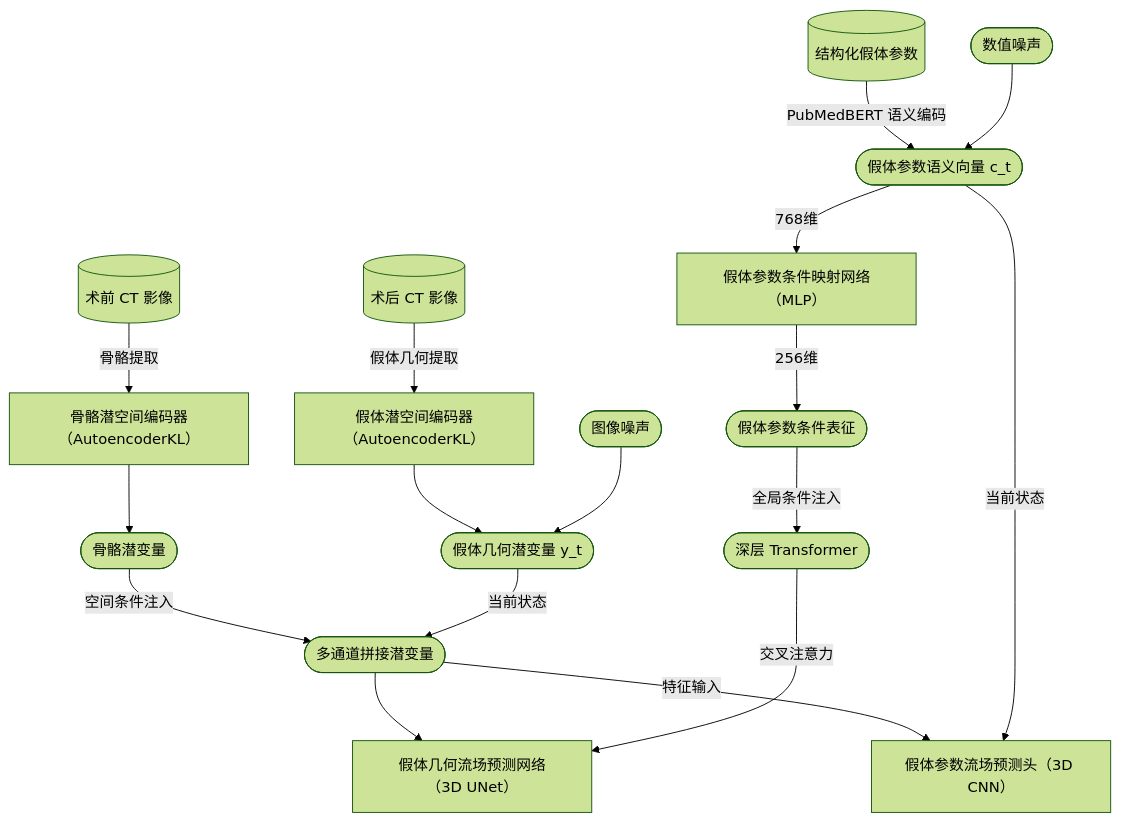
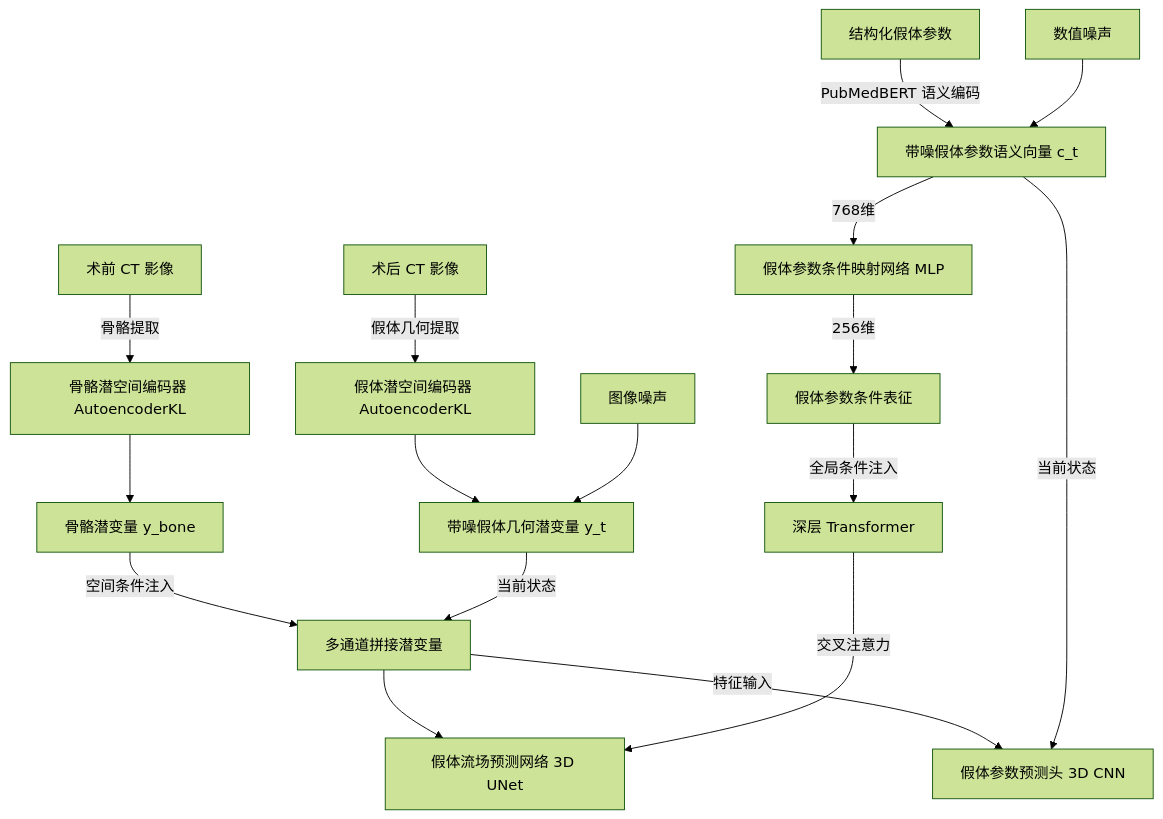
One commit to doidio/nonahip changed the first of 4 diagrams in README.md. Above: the diagram before and after it, drawn with Mermaid (forest theme). The commit also changed other lines of this file and 1 other file, not shown here.

````diff
--- a/README.md
+++ b/README.md
@@ -64,48 +64,47 @@
 ```mermaid
 flowchart TB
   %% 输入数据
-  pre_ct[(术前 CT 影像)]
-  post_ct[(术后 CT 影像)]
-  param_record[(结构化假体参数)]
+  pre_ct["术前 CT 影像"]
+  post_ct["术后 CT 影像"]
+  param_record["结构化假体参数"]
 
   %% 潜空间状态
-  z_bone([骨骼潜变量])
-  z_impl_t([假体几何潜变量 y_t])
-  c_t([假体参数语义向量 c_t])
-  c_token([假体参数条件表征])
-  eps_y([图像噪声])
-  eps_c([数值噪声])
-  
+  z_bone["骨骼潜变量 y_bone"]
+  z_impl_t["带噪假体几何潜变量 y_t"]
+  c_t["带噪假体参数语义向量 c_t"]
+  c_token["假体参数条件表征"]
+  eps_y["图像噪声"]
+  eps_c["数值噪声"]
+
   %% 多模态输入
-  z_concat([多通道拼接潜变量])
+  z_concat["多通道拼接潜变量"]
 
   %% 网络模块
-  bone_encoder[骨骼潜空间编码器（AutoencoderKL）]
-  impl_encoder[假体潜空间编码器（AutoencoderKL）]
-  geom_flow[假体几何流场预测网络（3D UNet）]
-  param_flow[假体参数流场预测头（3D CNN）]
-  param_embedder[假体参数条件映射网络（MLP）]
-  deep_transformer([深层 Transformer])
+  bone_encoder["骨骼潜空间编码器 AutoencoderKL"]
+  impl_encoder["假体潜空间编码器 AutoencoderKL"]
+  geom_flow["假体流场预测网络 3D UNet"]
+  param_flow["假体参数预测头 3D CNN"]
+  param_embedder["假体参数条件映射网络 MLP"]
+  deep_transformer["深层 Transformer"]
 
   %% 编码与加噪
   pre_ct -->|骨骼提取| bone_encoder --> z_bone
   post_ct -->|假体几何提取| impl_encoder --> z_impl_t
   eps_y --> z_impl_t
 
   param_record -->|PubMedBERT 语义编码| c_t
   eps_c --> c_t
   
   c_t -->|768维| param_embedder -->|256维| c_token
 
   %% 条件注入
   z_bone -->|空间条件注入| z_concat
   z_impl_t -->|当前状态| z_concat
 
   z_concat --> geom_flow
   c_token -->|全局条件注入| deep_transformer
   deep_transformer --->|交叉注意力| geom_flow
 
   z_concat -->|特征输入| param_flow
   c_t -->|当前状态| param_flow
-
 ```
````
